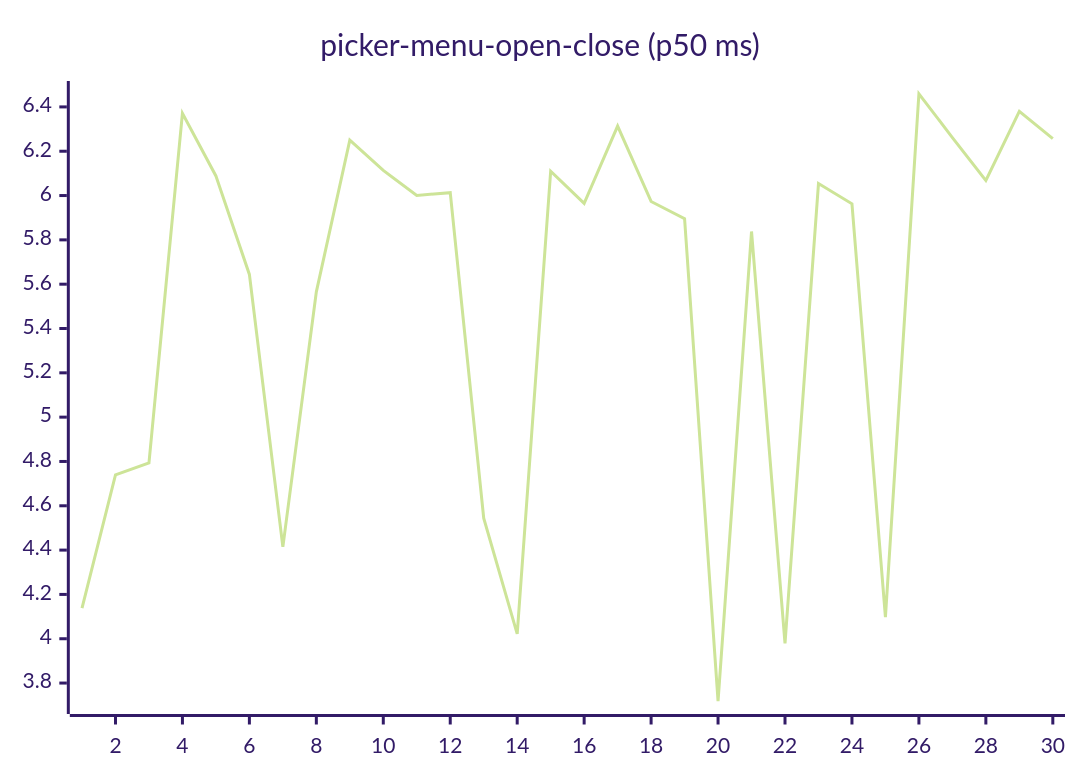
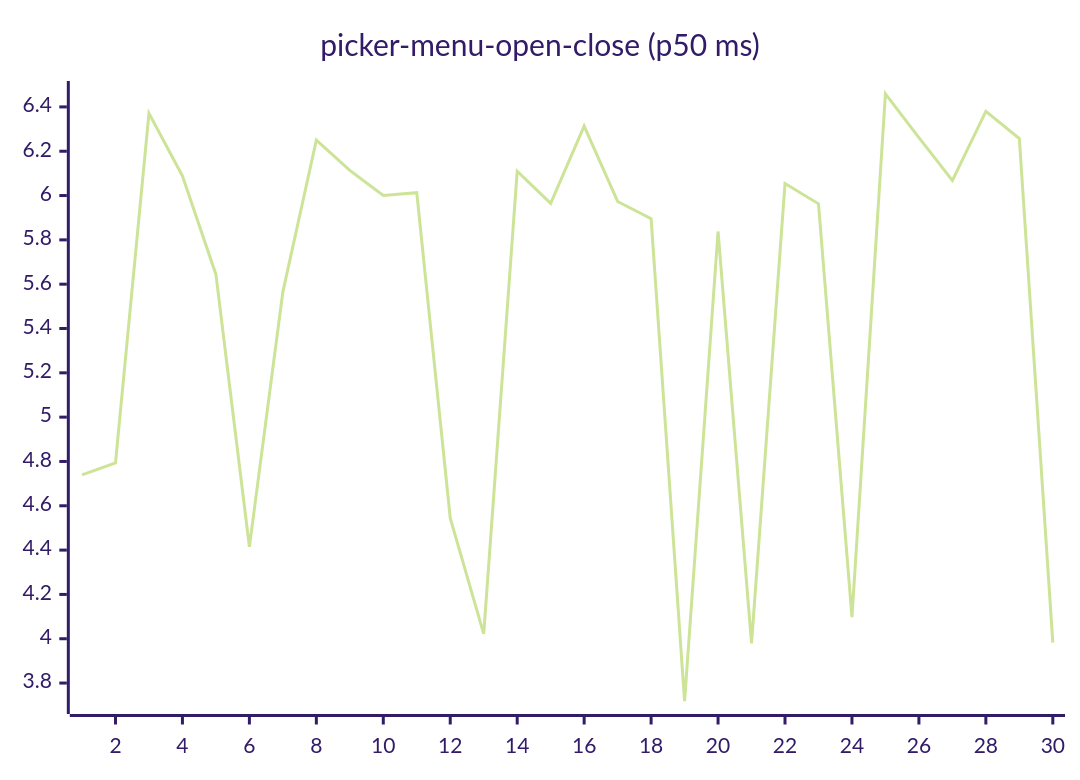
Diagram 16 of 27 in README.md (josha/Facet), drawn with Mermaid (forest theme) before and after one commit. The commit also changed other lines of this file and 2 other files, not shown here.

````diff
--- a/README.md
+++ b/README.md
@@ -168,6 +168,6 @@
 ```mermaid
 xychart-beta
     title "picker-menu-open-close (p50 ms)"
     x-axis 1 --> 30
-    line [4.1383, 4.7397, 4.7934, 6.3713, 6.0885, 5.6440, 4.4145, 5.5656, 6.2500, 6.1133, 6.0006, 6.0128, 4.5439, 4.0216, 6.1100, 5.9646, 6.3137, 5.9733, 5.8960, 3.7179, 5.8378, 3.9788, 6.0543, 5.9629, 4.0972, 6.4594, 6.2618, 6.0678, 6.3801, 6.2569]
+    line [4.7397, 4.7934, 6.3713, 6.0885, 5.6440, 4.4145, 5.5656, 6.2500, 6.1133, 6.0006, 6.0128, 4.5439, 4.0216, 6.1100, 5.9646, 6.3137, 5.9733, 5.8960, 3.7179, 5.8378, 3.9788, 6.0543, 5.9629, 4.0972, 6.4594, 6.2618, 6.0678, 6.3801, 6.2569, 3.9826]
 ```
````
